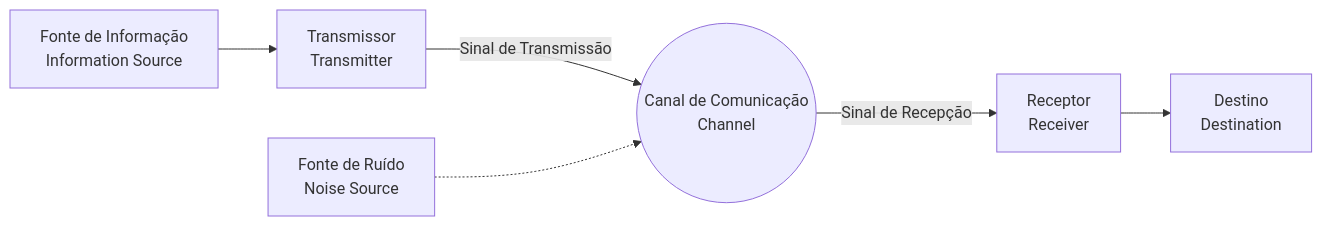
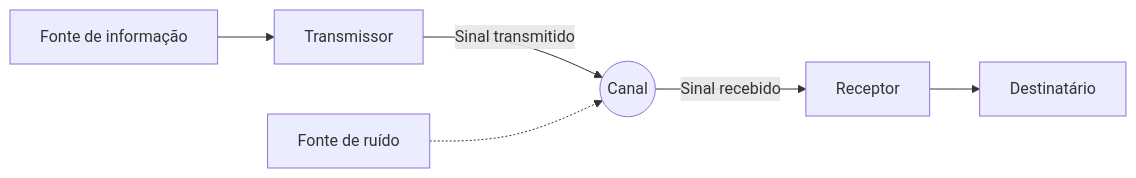
The diagram in content/post/information-theory-shannon-entropy/index.pt.md (kenjinote/blog), drawn with Mermaid before and after one commit. The commit also changed other lines of this file and 8 other files, not shown here.

````diff
--- a/content/post/information-theory-shannon-entropy/index.pt.md
+++ b/content/post/information-theory-shannon-entropy/index.pt.md
@@ -29,8 +30,8 @@
 ```mermaid
 graph LR
-    A["Fonte de Informação<br>Information Source"] --> B["Transmissor<br>Transmitter"]
-    B -->|"Sinal de Transmissão"| C(("Canal de Comunicação<br>Channel"))
-    C -->|"Sinal de Recepção"| D["Receptor<br>Receiver"]
-    D --> E["Destino<br>Destination"]
-    N["Fonte de Ruído<br>Noise Source"] -.-> C
+    A["Fonte de informação"] --> B["Transmissor"]
+    B -->|"Sinal transmitido"| C(("Canal"))
+    C -->|"Sinal recebido"| D["Receptor"]
+    D --> E["Destinatário"]
+    N["Fonte de ruído"] -.-> C
 ```
````
